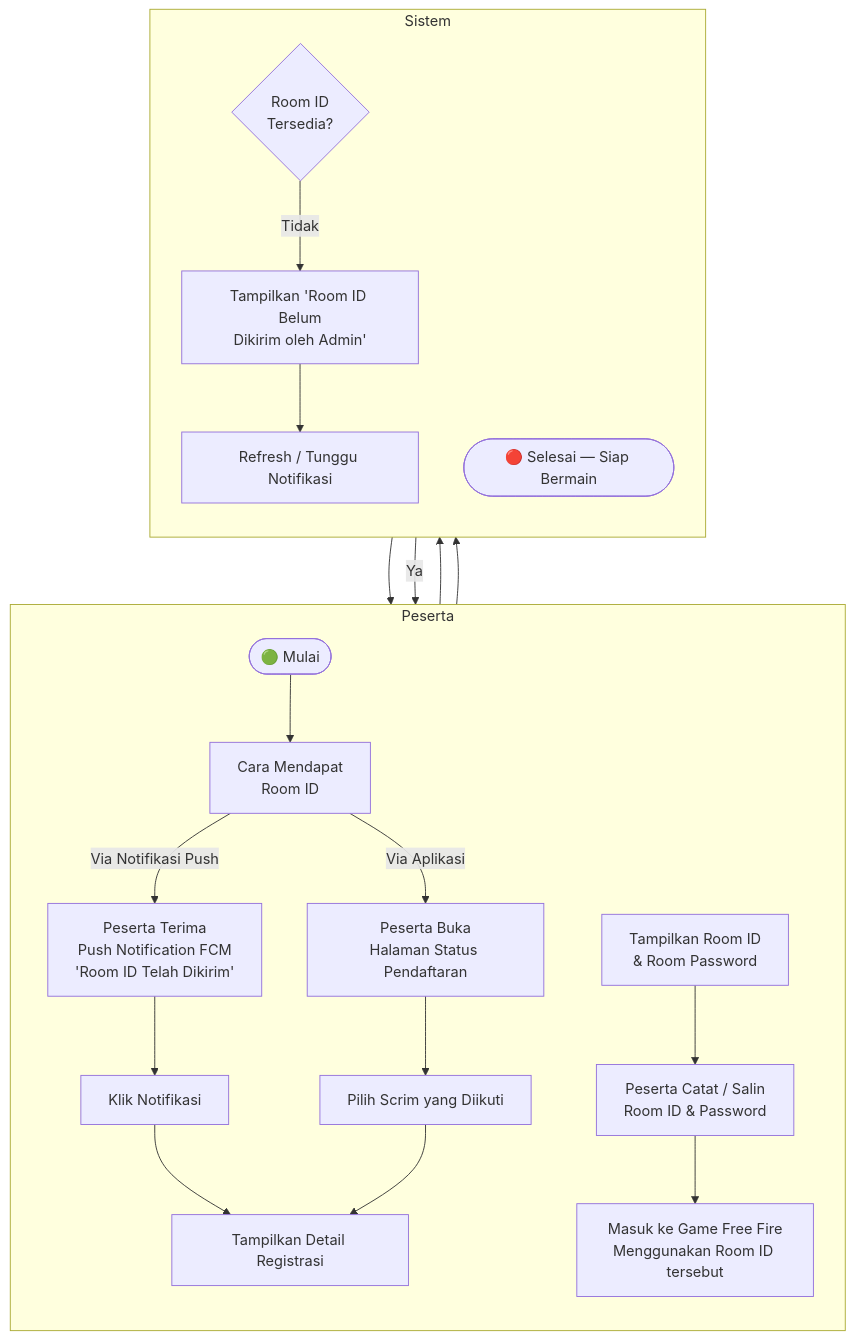
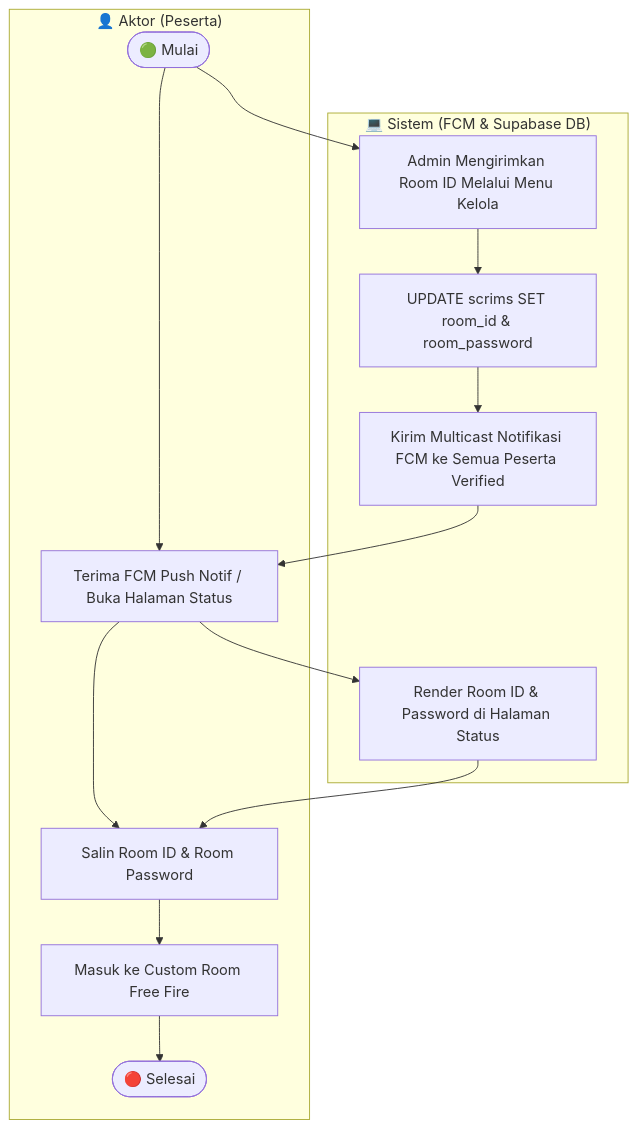
Before and after one commit to yosima050/booyahhub: the ninth of 43 diagrams in DOKUMENTASI.md, drawn with Mermaid. The commit also changed other lines of this file, not shown here.

````diff
--- a/DOKUMENTASI.md
+++ b/DOKUMENTASI.md
@@ -464,24 +362,15 @@
 ```mermaid
 flowchart TD
-    subgraph Peserta
-        direction TB
-        A([🟢 Mulai]) --> B[Cara Mendapat<br/>Room ID]
-        B -->|Via Notifikasi Push| C[Peserta Terima<br/>Push Notification FCM<br/>'Room ID Telah Dikirim']
-        B -->|Via Aplikasi| D[Peserta Buka<br/>Halaman Status Pendaftaran]
-        C --> E[Klik Notifikasi]
-        D --> F[Pilih Scrim yang Diikuti]
-        E & F --> G
-        K --> L[Peserta Catat / Salin<br/>Room ID & Password]
-        L --> M[Masuk ke Game Free Fire<br/>Menggunakan Room ID tersebut]
+    subgraph Aktor ["👤 Aktor (Peserta)"]
+        H1([🟢 Mulai]) --> H2[Terima FCM Push Notif / Buka Halaman Status]
+        H2 --> H3[Salin Room ID & Room Password]
+        H3 --> H4[Masuk ke Custom Room Free Fire] --> H5([🔴 Selesai])
     end
 
-    subgraph Sistem
-        direction TB
-        G[Tampilkan Detail Registrasi] --> H{Room ID<br/>Tersedia?}
-        H -->|Tidak| I[Tampilkan 'Room ID Belum<br/>Dikirim oleh Admin']
-        I --> J[Refresh / Tunggu Notifikasi]
-        J --> G
-        H -->|Ya| K[Tampilkan Room ID<br/>& Room Password]
-        M --> N([🔴 Selesai — Siap Bermain])
+    subgraph Sistem ["💻 Sistem (FCM & Supabase DB)"]
+        H1 --> S1[Admin Mengirimkan Room ID Melalui Menu Kelola]
+        S1 --> S2[UPDATE scrims SET room_id & room_password]
+        S2 --> S3[Kirim Multicast Notifikasi FCM ke Semua Peserta Verified] --> H2
+        H2 --> S4[Render Room ID & Password di Halaman Status] --> H3
     end
 ```
````
